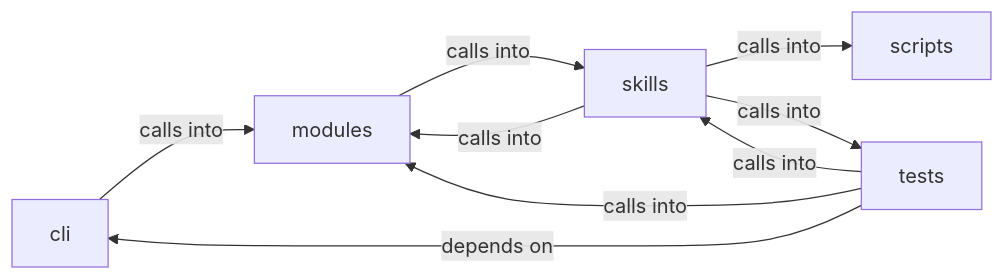
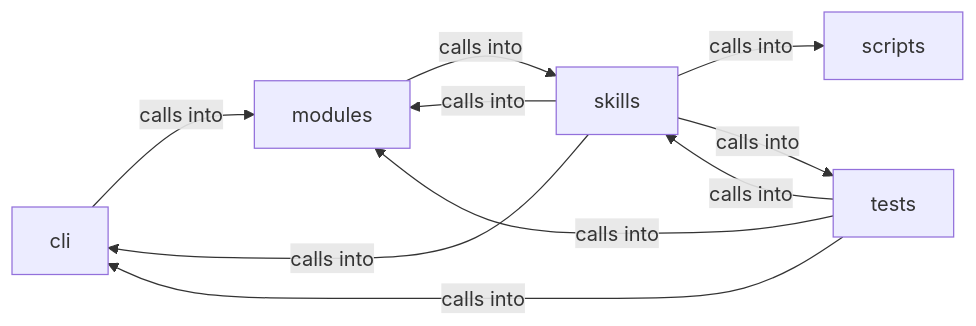
Before and after one commit to grisuno/LazyOwn: the diagram in readmenator-diagrams/skills_mcp_tools.md, drawn with Mermaid. The commit also changed other lines of this file and 300 other files, not shown here.

````diff
--- a/readmenator-diagrams/skills_mcp_tools.md
+++ b/readmenator-diagrams/skills_mcp_tools.md
@@ -5,16 +5,17 @@
 ```mermaid
 graph LR
     cli["cli"]
     modules["modules"]
     scripts["scripts"]
     skills["skills"]
     tests["tests"]
     cli -- "calls into" --> modules
     modules -- "calls into" --> skills
+    skills -- "calls into" --> cli
     skills -- "calls into" --> modules
     skills -- "calls into" --> scripts
     skills -- "calls into" --> tests
-    tests -- "depends on" --> cli
+    tests -- "calls into" --> cli
     tests -- "calls into" --> modules
     tests -- "calls into" --> skills
 ```
````
